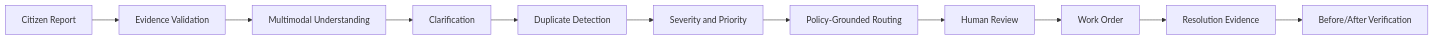
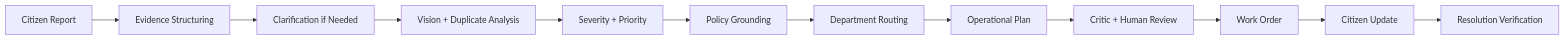
The first of 2 diagrams in README.md (Dhruvg334/Civitas), drawn with Mermaid before and after one commit. The commit also changed other lines of this file and 19 other files, not shown here.

````diff
--- a/README.md
+++ b/README.md
@@ -61,13 +36,14 @@
 ```mermaid
 flowchart LR
-    A[Citizen Report] --> B[Evidence Validation]
-    B --> C[Multimodal Understanding]
-    C --> D[Clarification]
-    D --> E[Duplicate Detection]
-    E --> F[Severity and Priority]
-    F --> G[Policy-Grounded Routing]
-    G --> H[Human Review]
-    H --> I[Work Order]
-    I --> J[Resolution Evidence]
-    J --> K[Before/After Verification]
+    A[Citizen Report] --> B[Evidence Structuring]
+    B --> C[Clarification if Needed]
+    C --> D[Vision + Duplicate Analysis]
+    D --> E[Severity + Priority]
+    E --> F[Policy Grounding]
+    F --> G[Department Routing]
+    G --> H[Operational Plan]
+    H --> I[Critic + Human Review]
+    I --> J[Work Order]
+    J --> K[Citizen Update]
+    K --> L[Resolution Verification]
 ```
````
